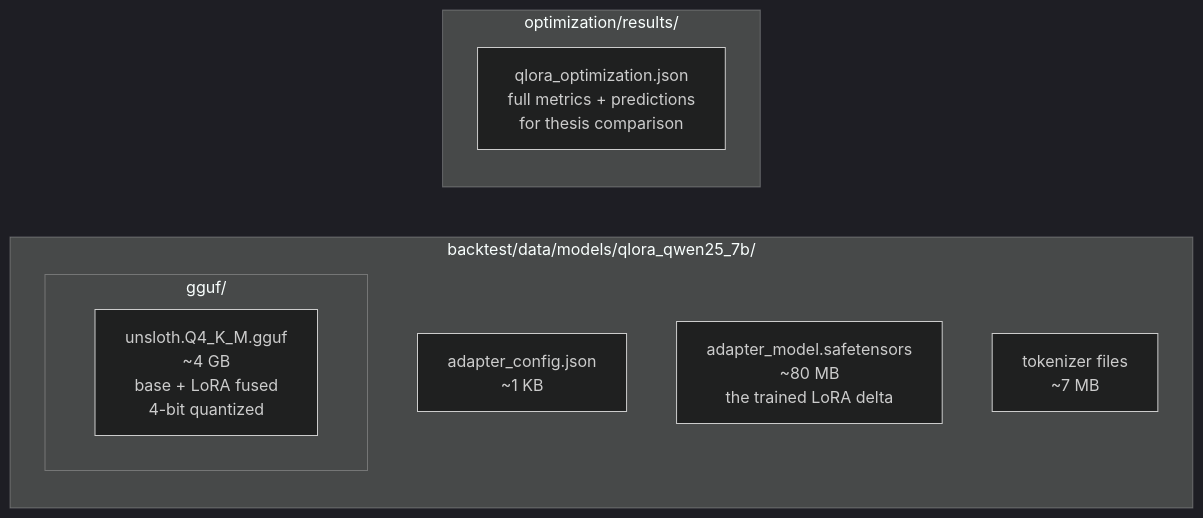
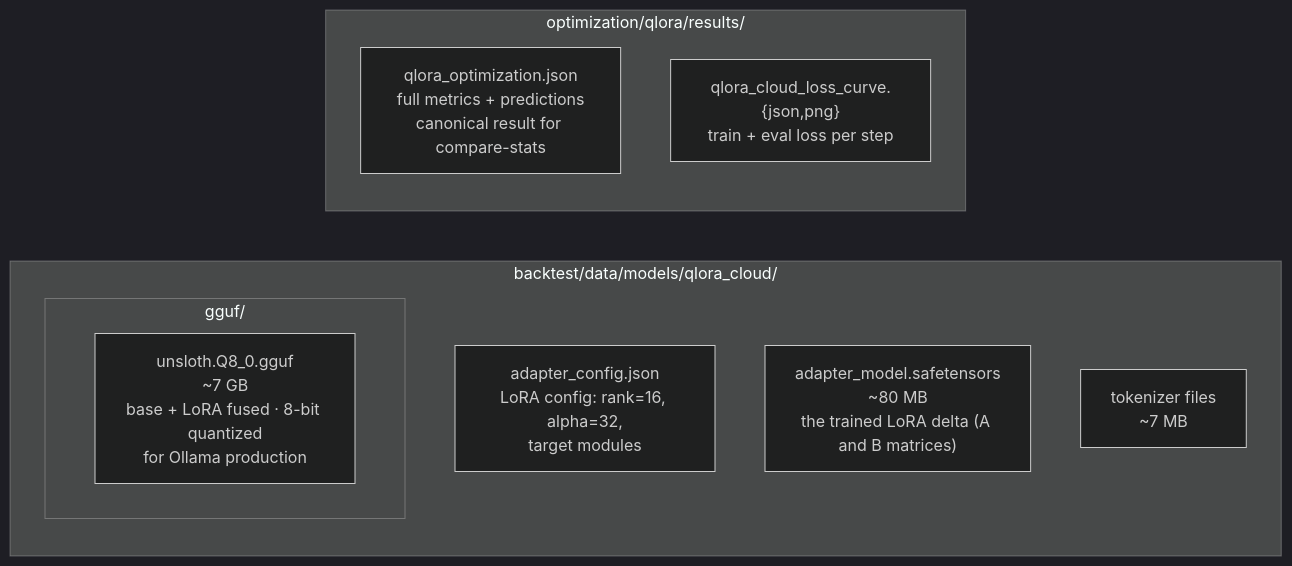
Before and after one commit to alejandrogonzalz/trading_management: the second of 4 diagrams in docs/QLORA_FINETUNING.md, drawn with Mermaid (dark theme). The commit also changed other lines of this file and 79 other files, not shown here.

First line of the commit message:
Fix/qlora data leak v3 (#13)

````diff
--- a/docs/QLORA_FINETUNING.md
+++ b/docs/QLORA_FINETUNING.md
@@ -321,15 +272,16 @@
 ```mermaid
 flowchart LR
-    subgraph DISK["backtest/data/models/qlora_qwen25_7b/"]
-        AC["adapter_config.json\n~1 KB"]
-        AM["adapter_model.safetensors\n~80 MB\nthe trained LoRA delta"]
+    subgraph DISK["backtest/data/models/qlora_cloud/"]
+        AC["adapter_config.json\nLoRA config: rank=16, alpha=32,\ntarget modules"]
+        AM["adapter_model.safetensors\n~80 MB\nthe trained LoRA delta (A and B matrices)"]
         TK["tokenizer files\n~7 MB"]
         subgraph GGUF_DIR["gguf/"]
-            GF["unsloth.Q4_K_M.gguf\n~4 GB\nbase + LoRA fused\n4-bit quantized"]
+            GF["unsloth.Q8_0.gguf\n~7 GB\nbase + LoRA fused · 8-bit quantized\nfor Ollama production"]
         end
     end
 
-    subgraph RESULTS["optimization/results/"]
-        RJ["qlora_optimization.json\nfull metrics + predictions\nfor thesis comparison"]
+    subgraph RESULTS["optimization/qlora/results/"]
+        RJ["qlora_optimization.json\nfull metrics + predictions\ncanonical result for compare-stats"]
+        LC["qlora_cloud_loss_curve.{json,png}\ntrain + eval loss per step"]
     end
 ```
````
